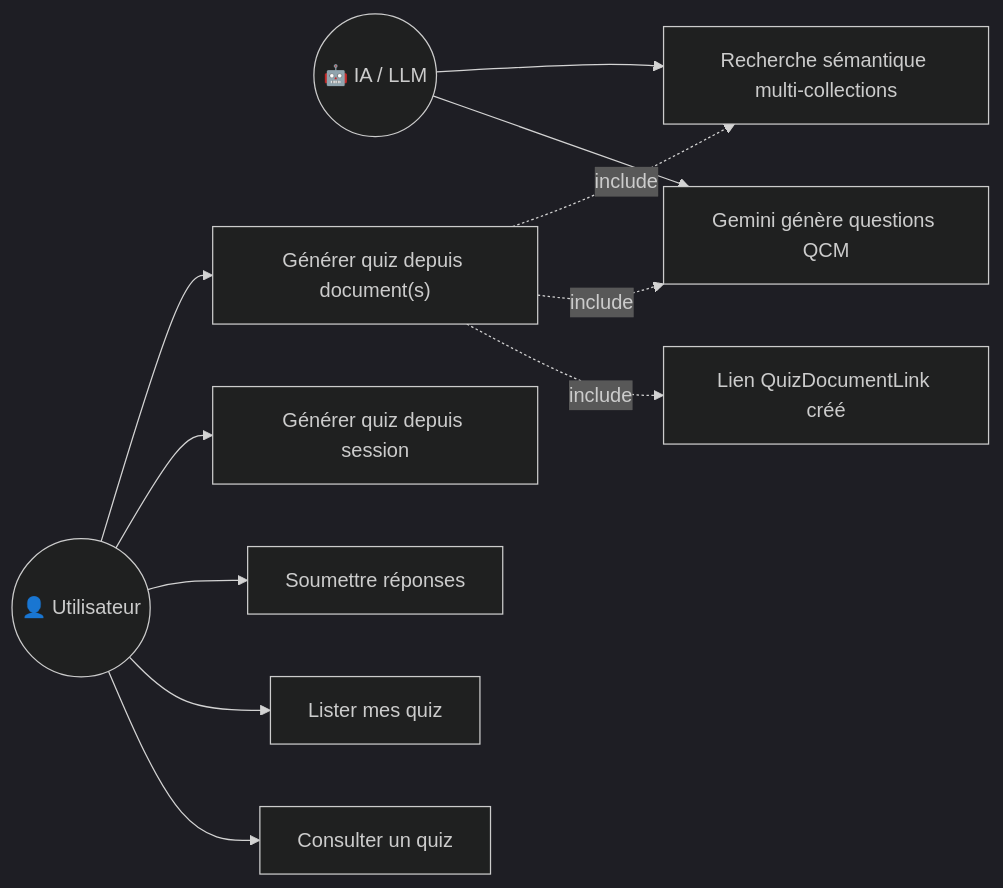
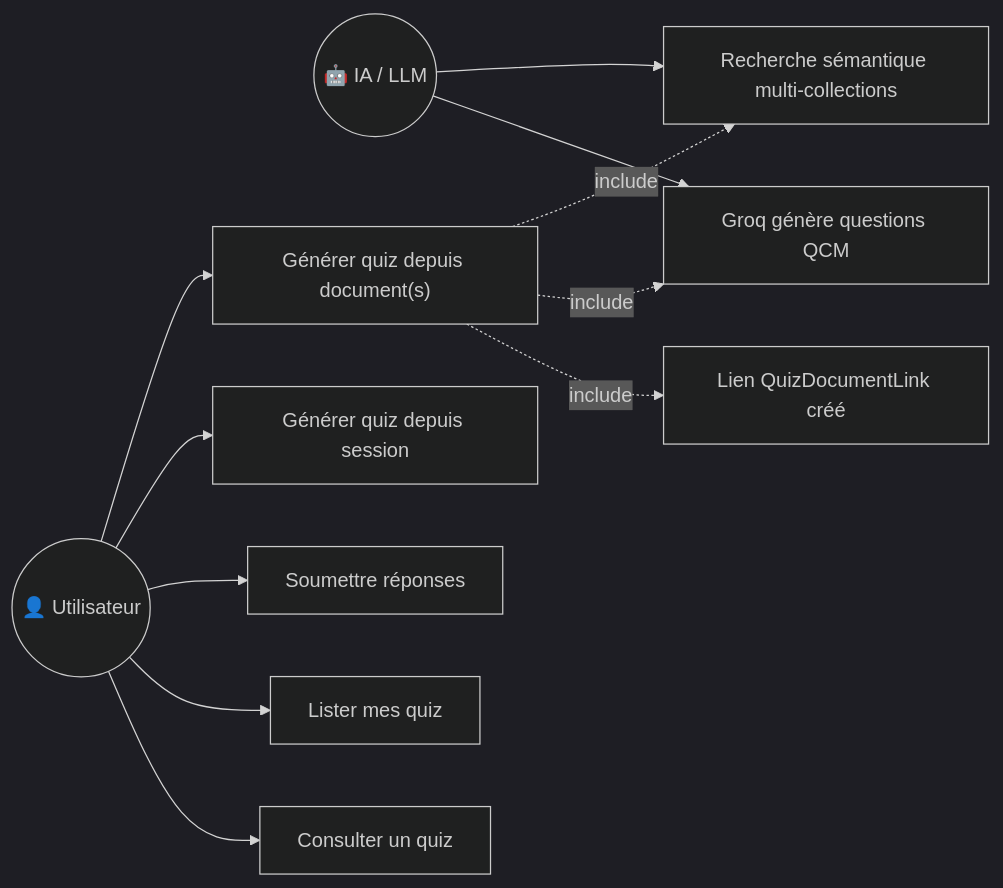
The eighth of 12 diagrams in docs/Conception_CasUtilisation.md (Jkacem/smart_focus), drawn with Mermaid (dark theme) before and after one commit. The commit also changed other lines of this file and 93 other files, not shown here.

````diff
--- a/docs/Conception_CasUtilisation.md
+++ b/docs/Conception_CasUtilisation.md
@@ -443,28 +512,28 @@
 ```mermaid
 graph LR
     User(("👤 Utilisateur"))
     IA(("🤖 IA / LLM"))
 
     UC14["Générer quiz depuis document(s)"]
     UC14s["Générer quiz depuis session"]
     UC14sub["Soumettre réponses"]
     UC14l["Lister mes quiz"]
     UC14g["Consulter un quiz"]
 
     UC14a["Recherche sémantique multi-collections"]
-    UC14b["Gemini génère questions QCM"]
+    UC14b["Groq génère questions QCM"]
     UC14c["Lien QuizDocumentLink créé"]
 
     User --> UC14
     User --> UC14s
     User --> UC14sub
     User --> UC14l
     User --> UC14g
 
     UC14 -.->|include| UC14a
     UC14 -.->|include| UC14b
     UC14 -.->|include| UC14c
 
     IA --> UC14a
     IA --> UC14b
 ```
````
